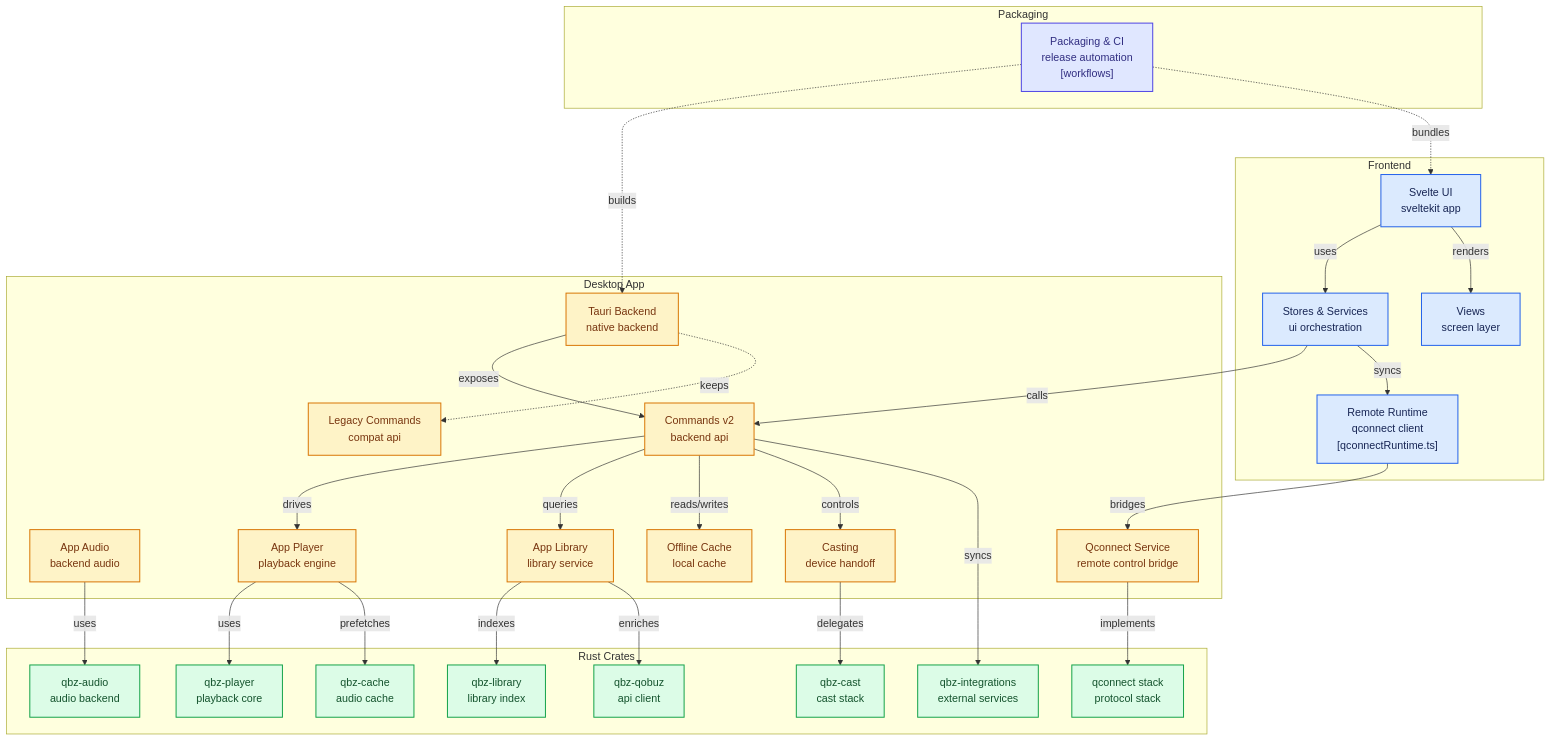
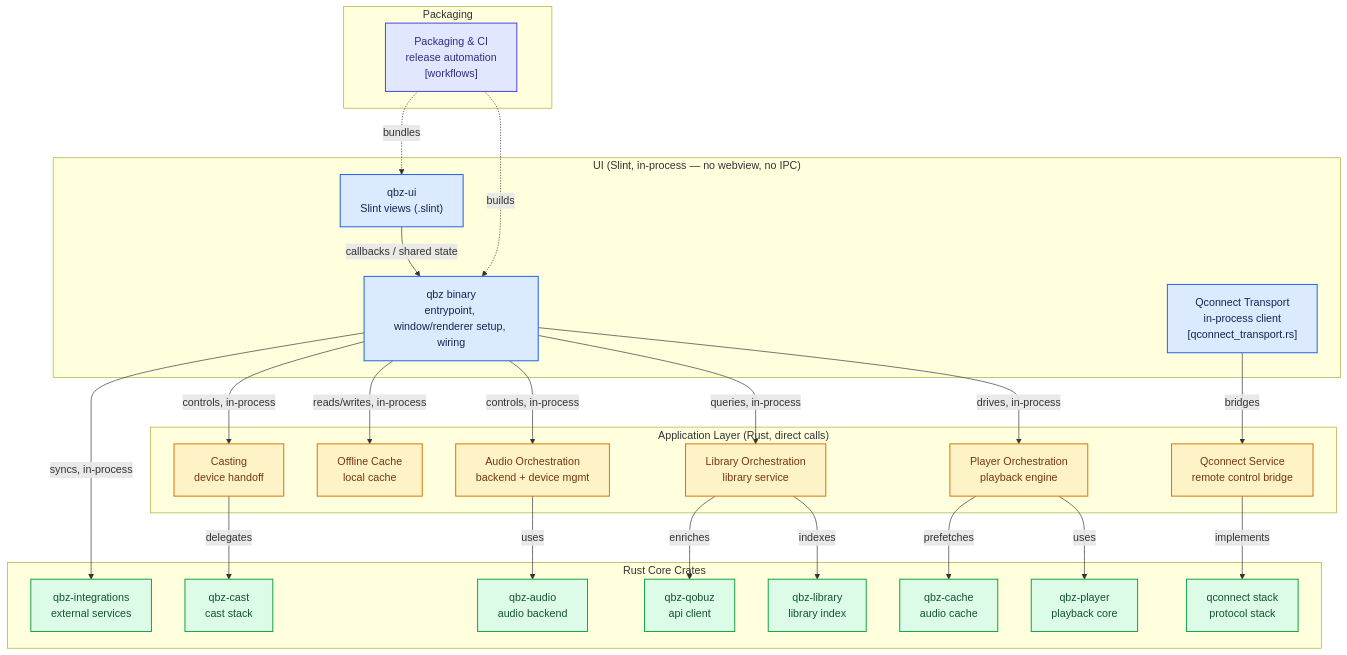
The diagram in README.md (afonsojramos/qbz), drawn with Mermaid before and after one commit. The commit also changed other lines of this file, not shown here.

````diff
--- a/README.md
+++ b/README.md
@@ -308,26 +417,22 @@
 ```mermaid
 flowchart TD
 
-subgraph group_frontend["Frontend"]
-  node_ui_shell["Svelte UI<br/>sveltekit app"]
-  node_ui_state["Stores & Services<br/>ui orchestration"]
-  node_ui_views["Views<br/>screen layer"]
-  node_ui_remote["Remote Runtime<br/>qconnect client<br/>[qconnectRuntime.ts]"]
+subgraph group_ui["UI (Slint, in-process — no webview, no IPC)"]
+  node_ui_views["qbz-ui<br/>Slint views (.slint)"]
+  node_ui_bin["qbz binary<br/>entrypoint, window/renderer setup, wiring"]
+  node_ui_remote["Qconnect Transport<br/>in-process client<br/>[qconnect_transport.rs]"]
 end
 
-subgraph group_tauri["Desktop App"]
-  node_tauri_backend["Tauri Backend<br/>native backend"]
-  node_cmd_v2["Commands v2<br/>backend api"]
-  node_cmd_legacy["Legacy Commands<br/>compat api"]
-  node_app_audio["App Audio<br/>backend audio"]
-  node_app_player["App Player<br/>playback engine"]
-  node_app_library["App Library<br/>library service"]
+subgraph group_app["Application Layer (Rust, direct calls)"]
+  node_app_audio["Audio Orchestration<br/>backend + device mgmt"]
+  node_app_player["Player Orchestration<br/>playback engine"]
+  node_app_library["Library Orchestration<br/>library service"]
   node_app_cache["Offline Cache<br/>local cache"]
   node_app_cast["Casting<br/>device handoff"]
   node_app_connect["Qconnect Service<br/>remote control bridge"]
 end
 
-subgraph group_crates["Rust Crates"]
+subgraph group_crates["Rust Core Crates"]
   node_rust_player["qbz-player<br/>playback core"]
   node_rust_audio["qbz-audio<br/>audio backend"]
   node_rust_cache["qbz-cache<br/>audio cache"]
@@ -342,18 +447,14 @@
   node_packaging_ci["Packaging & CI<br/>release automation<br/>[workflows]"]
 end
 
-node_ui_shell -->|"uses"| node_ui_state
-node_ui_shell -->|"renders"| node_ui_views
-node_ui_state -->|"calls"| node_cmd_v2
-node_ui_state -->|"syncs"| node_ui_remote
+node_ui_views -->|"callbacks / shared state"| node_ui_bin
 node_ui_remote -->|"bridges"| node_app_connect
-node_tauri_backend -->|"exposes"| node_cmd_v2
-node_tauri_backend -.->|"keeps"| node_cmd_legacy
-node_cmd_v2 -->|"drives"| node_app_player
-node_cmd_v2 -->|"queries"| node_app_library
-node_cmd_v2 -->|"reads/writes"| node_app_cache
-node_cmd_v2 -->|"controls"| node_app_cast
-node_cmd_v2 -->|"syncs"| node_rust_integrations
+node_ui_bin -->|"drives, in-process"| node_app_player
+node_ui_bin -->|"queries, in-process"| node_app_library
+node_ui_bin -->|"controls, in-process"| node_app_audio
+node_ui_bin -->|"reads/writes, in-process"| node_app_cache
+node_ui_bin -->|"controls, in-process"| node_app_cast
+node_ui_bin -->|"syncs, in-process"| node_rust_integrations
 node_app_player -->|"uses"| node_rust_player
 node_app_audio -->|"uses"| node_rust_audio
 node_app_player -->|"prefetches"| node_rust_cache
@@ -361,22 +462,18 @@
 node_app_library -->|"enriches"| node_rust_qobuz
 node_app_cast -->|"delegates"| node_rust_cast
 node_app_connect -->|"implements"| node_rust_connect
-node_packaging_ci -.->|"builds"| node_tauri_backend
-node_packaging_ci -.->|"bundles"| node_ui_shell
+node_packaging_ci -.->|"builds"| node_ui_bin
+node_packaging_ci -.->|"bundles"| node_ui_views
 
-click node_ui_shell "https://github.com/vicrodh/qbz/tree/main/src"
-click node_ui_state "https://github.com/vicrodh/qbz/tree/main/src/lib/stores"
-click node_ui_views "https://github.com/vicrodh/qbz/tree/main/src/lib/components/views"
-click node_ui_remote "https://github.com/vicrodh/qbz/blob/main/src/lib/services/qconnectRuntime.ts"
-click node_tauri_backend "https://github.com/vicrodh/qbz/tree/main/src-tauri/src"
-click node_cmd_v2 "https://github.com/vicrodh/qbz/tree/main/src-tauri/src/commands_v2"
-click node_cmd_legacy "https://github.com/vicrodh/qbz/tree/main/src-tauri/src/commands"
-click node_app_audio "https://github.com/vicrodh/qbz/tree/main/src-tauri/src/audio"
-click node_app_player "https://github.com/vicrodh/qbz/tree/main/src-tauri/src/player"
-click node_app_library "https://github.com/vicrodh/qbz/tree/main/src-tauri/src/library"
-click node_app_cache "https://github.com/vicrodh/qbz/tree/main/src-tauri/src/offline_cache"
-click node_app_cast "https://github.com/vicrodh/qbz/tree/main/src-tauri/src/cast"
-click node_app_connect "https://github.com/vicrodh/qbz/blob/main/src-tauri/src/qconnect_service.rs"
+click node_ui_views "https://github.com/vicrodh/qbz/tree/main/crates/qbz-ui"
+click node_ui_bin "https://github.com/vicrodh/qbz/tree/main/crates/qbz/src"
+click node_ui_remote "https://github.com/vicrodh/qbz/blob/main/crates/qbz/src/qconnect_transport.rs"
+click node_app_audio "https://github.com/vicrodh/qbz/tree/main/crates/qbz-audio/src"
+click node_app_player "https://github.com/vicrodh/qbz/tree/main/crates/qbz-player/src"
+click node_app_library "https://github.com/vicrodh/qbz/tree/main/crates/qbz-library/src"
+click node_app_cache "https://github.com/vicrodh/qbz/tree/main/crates/qbz-offline-cache/src"
+click node_app_cast "https://github.com/vicrodh/qbz/tree/main/crates/qbz-cast/src"
+click node_app_connect "https://github.com/vicrodh/qbz/blob/main/crates/qbz/src/qconnect_transport.rs"
 click node_rust_player "https://github.com/vicrodh/qbz/tree/main/crates/qbz-player/src"
 click node_rust_audio "https://github.com/vicrodh/qbz/tree/main/crates/qbz-audio/src"
 click node_rust_cache "https://github.com/vicrodh/qbz/tree/main/crates/qbz-cache/src"
@@ -394,8 +491,8 @@
 classDef toneRose fill:#ffe4e6,stroke:#e11d48,stroke-width:1.5px,color:#881337
 classDef toneIndigo fill:#e0e7ff,stroke:#4f46e5,stroke-width:1.5px,color:#312e81
 classDef toneTeal fill:#ccfbf1,stroke:#0f766e,stroke-width:1.5px,color:#134e4a
-class node_ui_shell,node_ui_state,node_ui_views,node_ui_remote toneBlue
-class node_tauri_backend,node_cmd_v2,node_cmd_legacy,node_app_audio,node_app_player,node_app_library,node_app_cache,node_app_cast,node_app_connect toneAmber
+class node_ui_views,node_ui_bin,node_ui_remote toneBlue
+class node_app_audio,node_app_player,node_app_library,node_app_cache,node_app_cast,node_app_connect toneAmber
 class node_rust_player,node_rust_audio,node_rust_cache,node_rust_qobuz,node_rust_library,node_rust_cast,node_rust_connect,node_rust_integrations toneMint
 class node_packaging_ci toneIndigo
 ```
````
